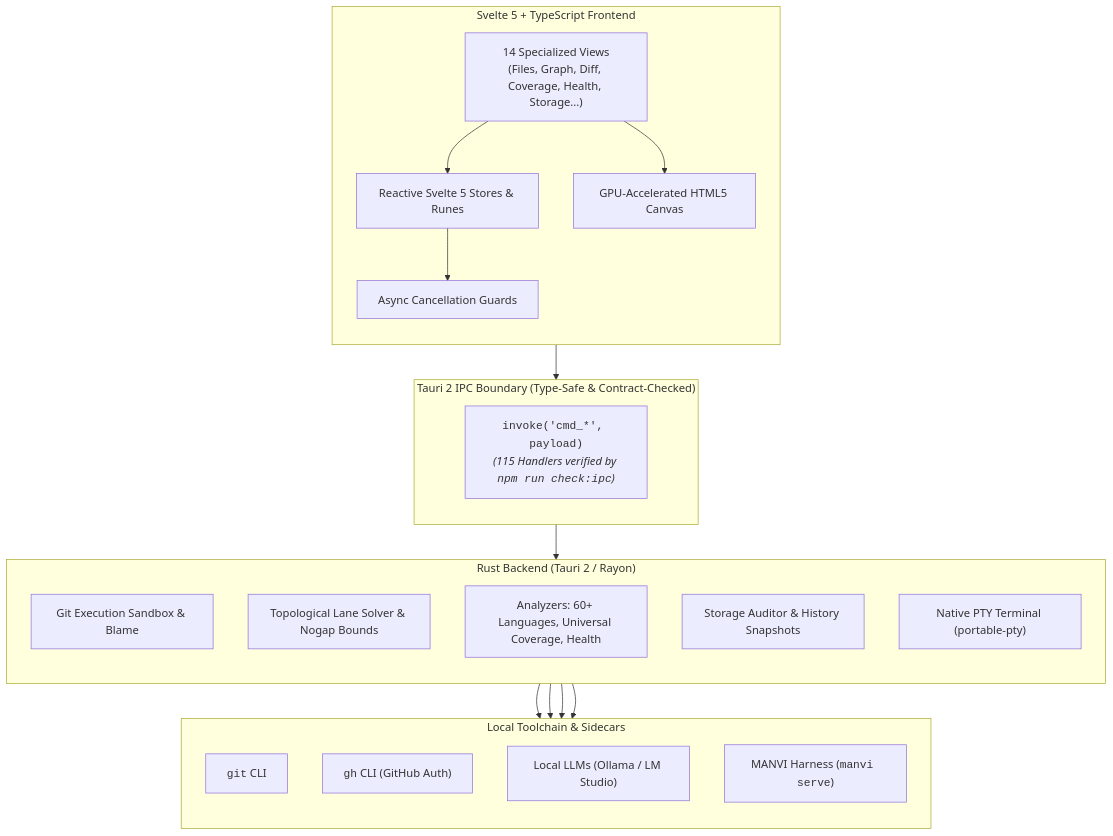
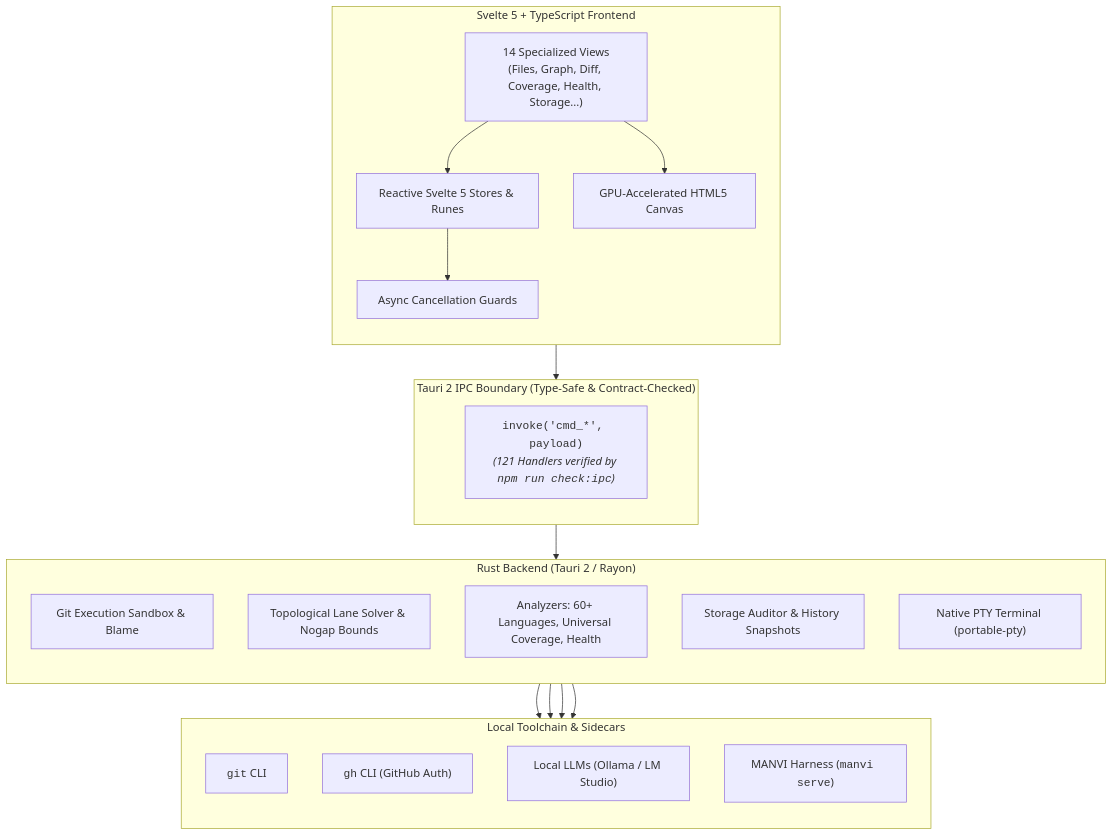
Before and after one commit to bharathvbcr/GitPulse: the first of 4 diagrams in README.md, drawn with Mermaid. The commit also changed other lines of this file and 19 other files, not shown here.

````diff
--- a/README.md
+++ b/README.md
@@ -41,43 +41,43 @@
 ```mermaid
 flowchart TB
     subgraph Frontend["Svelte 5 + TypeScript Frontend"]
         direction TB
         Views["14 Specialized Views<br/>(Files, Graph, Diff, Coverage, Health, Storage...)"]
         Stores["Reactive Svelte 5 Stores & Runes"]
         CanvasEngine["GPU-Accelerated HTML5 Canvas"]
         AsyncGuards["Async Cancellation Guards"]
         
         Views --> Stores
         Views --> CanvasEngine
         Stores --> AsyncGuards
     end
 
     subgraph IPC["Tauri 2 IPC Boundary (Type-Safe & Contract-Checked)"]
         direction TB
-        IPCBridge["<code>invoke('cmd_*', payload)</code><br/><i>(115 Handlers verified by <code>npm run check:ipc</code>)</i>"]
+        IPCBridge["<code>invoke('cmd_*', payload)</code><br/><i>(121 Handlers verified by <code>npm run check:ipc</code>)</i>"]
     end
 
     subgraph Backend["Rust Backend (Tauri 2 / Rayon)"]
         direction TB
         GitSandbox["Git Execution Sandbox & Blame"]
         GraphSolver["Topological Lane Solver & Nogap Bounds"]
         Analyzers["Analyzers: 60+ Languages, Universal Coverage, Health"]
         StorageEngine["Storage Auditor & History Snapshots"]
         TerminalPTY["Native PTY Terminal (portable-pty)"]
     end
 
     subgraph LocalTools["Local Toolchain & Sidecars"]
         direction TB
         GitCLI["<code>git</code> CLI"]
         GhCLI["<code>gh</code> CLI (GitHub Auth)"]
         LocalAI["Local LLMs (Ollama / LM Studio)"]
         ManviSidecar["MANVI Harness (<code>manvi serve</code>)"]
     end
 
     AsyncGuards --> IPCBridge
     IPCBridge --> Backend
     GitSandbox --> GitCLI
     Analyzers --> GhCLI
     Analyzers --> LocalAI
     Backend --> ManviSidecar
 ```
````
